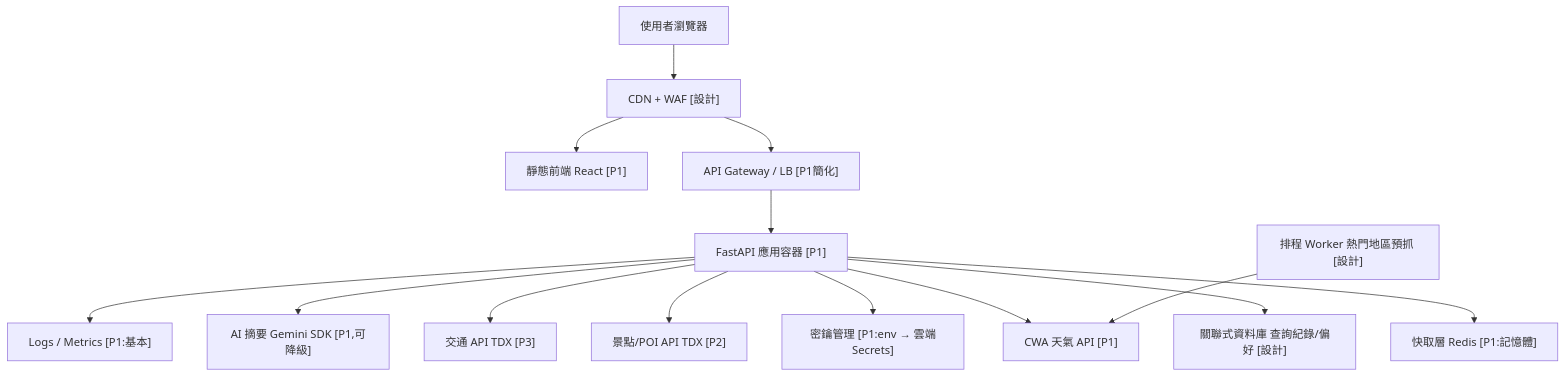
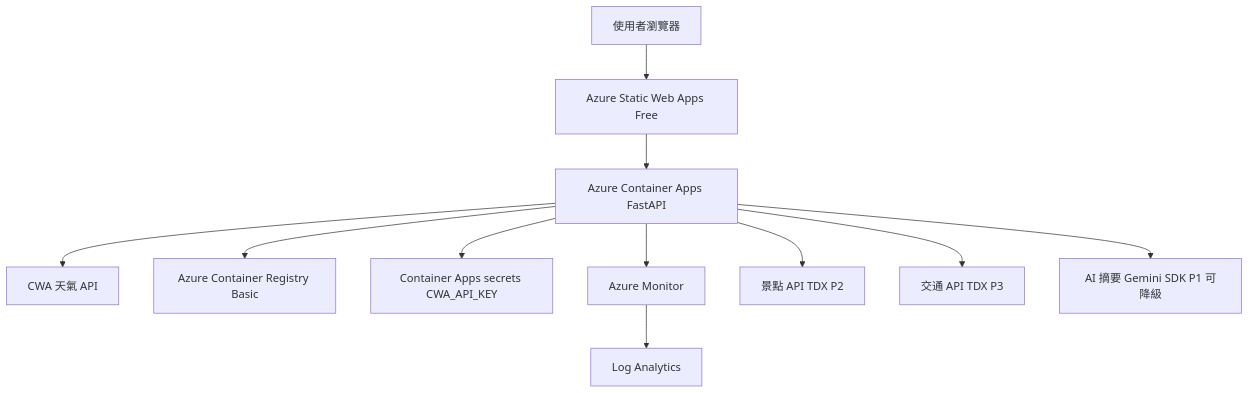
The first of 2 diagrams in docs/cloud_architecture.md (aoitsukikage-eng/trip-weather-planner), drawn with Mermaid before and after one commit. The commit also changed other lines of this file and 4 other files, not shown here.

Commit message:
docs: rewrite deliverables for azure architecture

````diff
--- a/docs/cloud_architecture.md
+++ b/docs/cloud_architecture.md
@@ -11,16 +11,13 @@
 ```mermaid
 flowchart TB
-  U["使用者瀏覽器"] --> CDN["CDN + WAF [設計]"]
-  CDN --> FE["靜態前端 React [P1]"]
-  CDN --> GW["API Gateway / LB [P1簡化]"]
-  GW --> API["FastAPI 應用容器 [P1]"]
-  API --> CACHE["快取層 Redis [P1:記憶體]"]
-  API --> DB["關聯式資料庫 查詢紀錄/偏好 [設計]"]
-  API --> SEC["密鑰管理 [P1:env → 雲端Secrets]"]
-  API --> WX["CWA 天氣 API [P1]"]
-  API --> POI["景點/POI API TDX [P2]"]
-  API --> ROUTE["交通 API TDX [P3]"]
-  API --> AI["AI 摘要 Gemini SDK [P1,可降級]"]
-  SCHED["排程 Worker 熱門地區預抓 [設計]"] --> WX
-  API --> LOG["Logs / Metrics [P1:基本]"]
+  U["使用者瀏覽器"] --> SWA["Azure Static Web Apps Free"]
+  SWA --> API["Azure Container Apps FastAPI"]
+  API --> CWA["CWA 天氣 API"]
+  API --> ACR["Azure Container Registry Basic"]
+  API --> SEC["Container Apps secrets CWA_API_KEY"]
+  API --> MON["Azure Monitor"]
+  MON --> LA["Log Analytics"]
+  API --> POI["景點 API TDX P2"]
+  API --> ROUTE["交通 API TDX P3"]
+  API --> AI["AI 摘要 Gemini SDK P1 可降級"]
 ```
````
